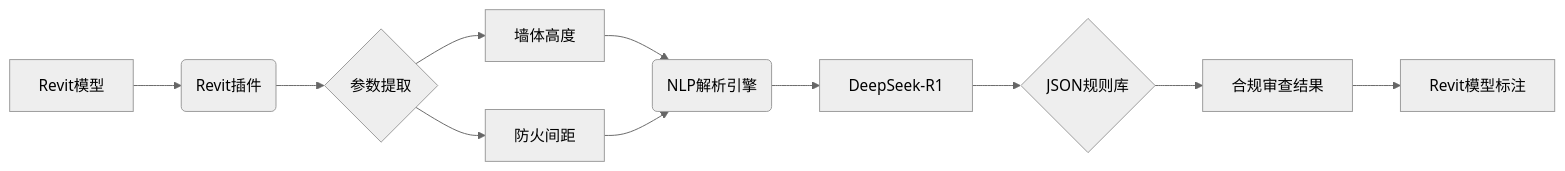
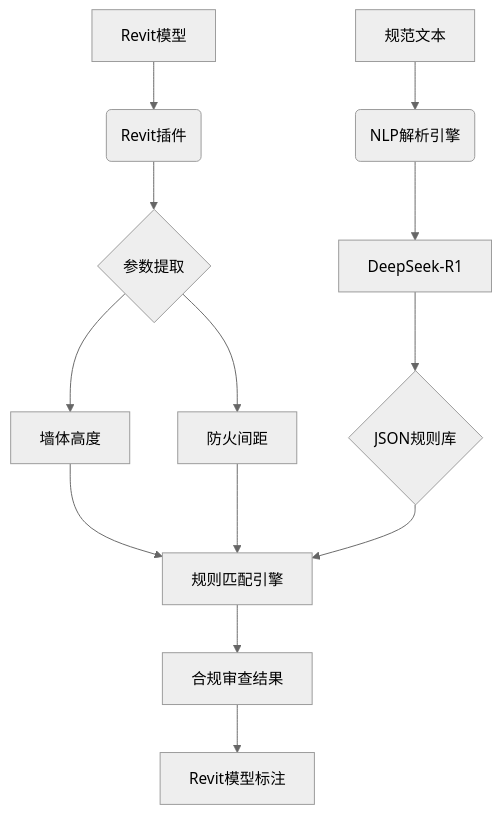
Before and after one commit to Lizzy-wyy/BIM-Compliance-Checker: the diagram in README.md, drawn with Mermaid (neutral theme).

Commit message:
优化流程图

````diff
--- a/README.md
+++ b/README.md
@@ -4,13 +4,18 @@
 ```mermaid
-graph LR
-    A[Revit模型] --> B(Revit插件)
-    B --> C{参数提取}
-    C --> D[墙体高度]
-    C --> E[防火间距]
-    D --> F(NLP解析引擎)
-    E --> F
-    F --> G[DeepSeek-R1]
-    G --> H{JSON规则库}
-    H --> I[合规审查结果]
-    I --> J[Revit模型标注]
+    graph TD
+    %% 左侧：规则生成管线
+    A[规范文本] --> B(NLP解析引擎)
+    B --> C[DeepSeek-R1]
+    C --> D{JSON规则库}
+    
+    %% 右侧：审查执行管线
+    E[Revit模型] --> F(Revit插件)
+    F --> G{参数提取}
+    G --> H[墙体高度]
+    G --> I[防火间距]
+    H --> J[规则匹配引擎]
+    I --> J
+    D --> J
+    J --> K[合规审查结果]
+    K --> L[Revit模型标注]
 ```
````
